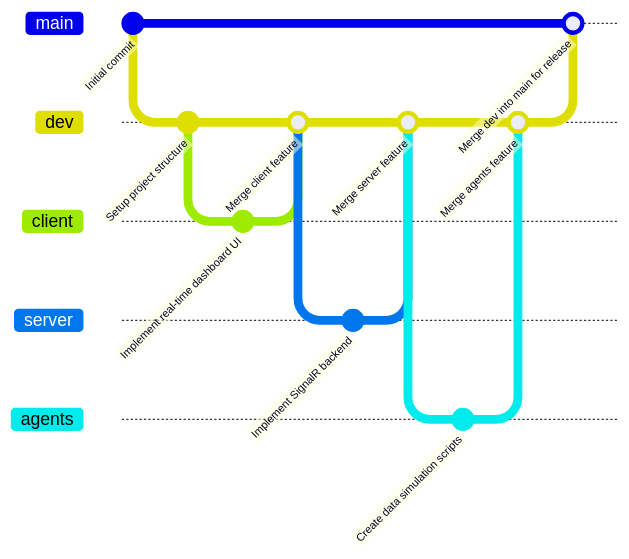
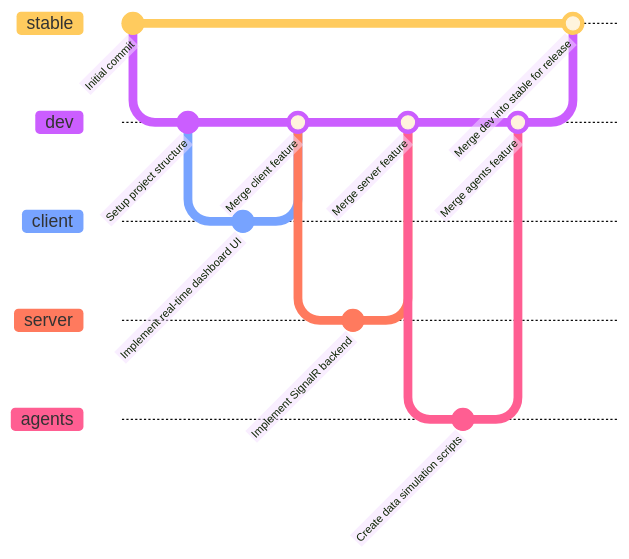
One commit to Dr4kiel/projet_renforcement_backend changed the second of 2 diagrams in README.md. Above: the diagram before and after it, drawn with Mermaid. The commit also changed other lines of this file, not shown here.

Commit message:
docs: change main branch name to 'stable'

````diff
--- a/README.md
+++ b/README.md
@@ -72,24 +72,31 @@
 ```mermaid
+---
+config:
+    theme: base
+    gitGraph:
+        showCommitLabel: true
+        mainBranchName: "stable"
+---
 gitGraph
     commit id: "Initial commit"
     branch dev
     checkout dev
     commit id: "Setup project structure"
     branch client
     checkout client
     commit id: "Implement real-time dashboard UI"
     checkout dev
     merge client id: "Merge client feature"
     branch server
     checkout server
     commit id: "Implement SignalR backend"
     checkout dev
     merge server id: "Merge server feature"
     branch agents
     checkout agents
     commit id: "Create data simulation scripts"
     checkout dev
     merge agents id: "Merge agents feature"
-    checkout main
-    merge dev id: "Merge dev into main for release"
+    checkout stable
+    merge dev id: "Merge dev into stable for release"
 ```
````
